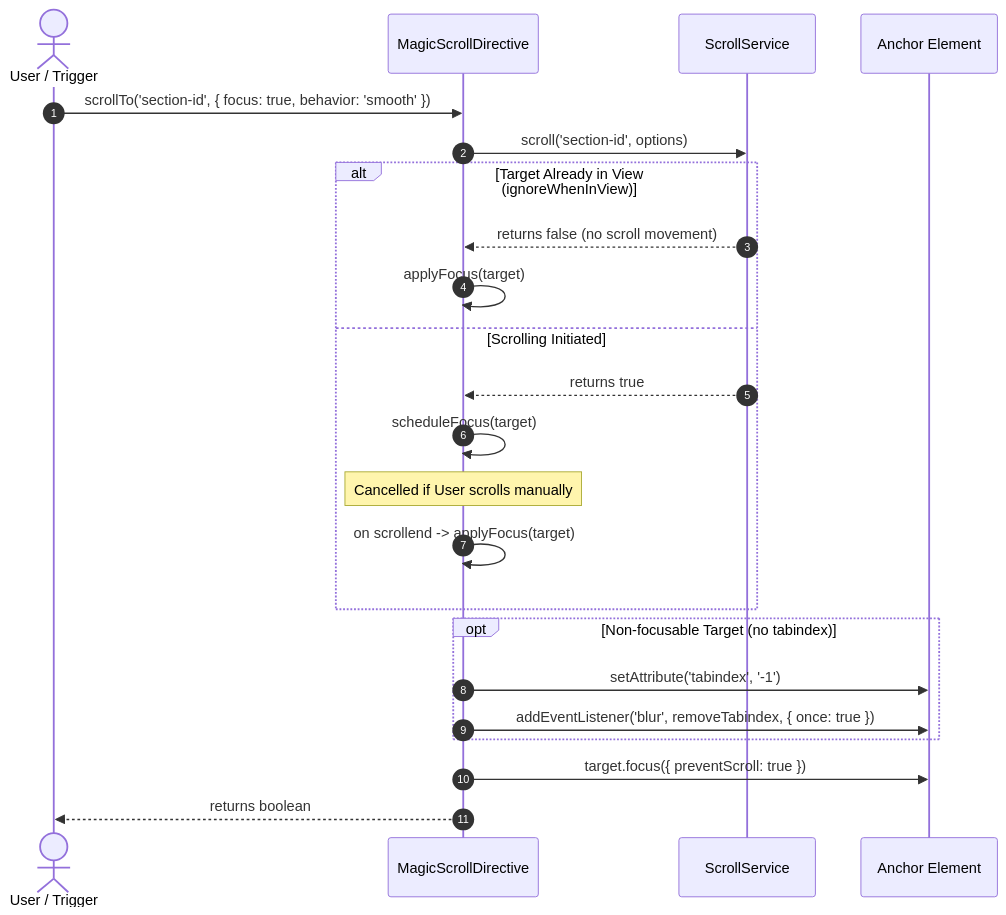
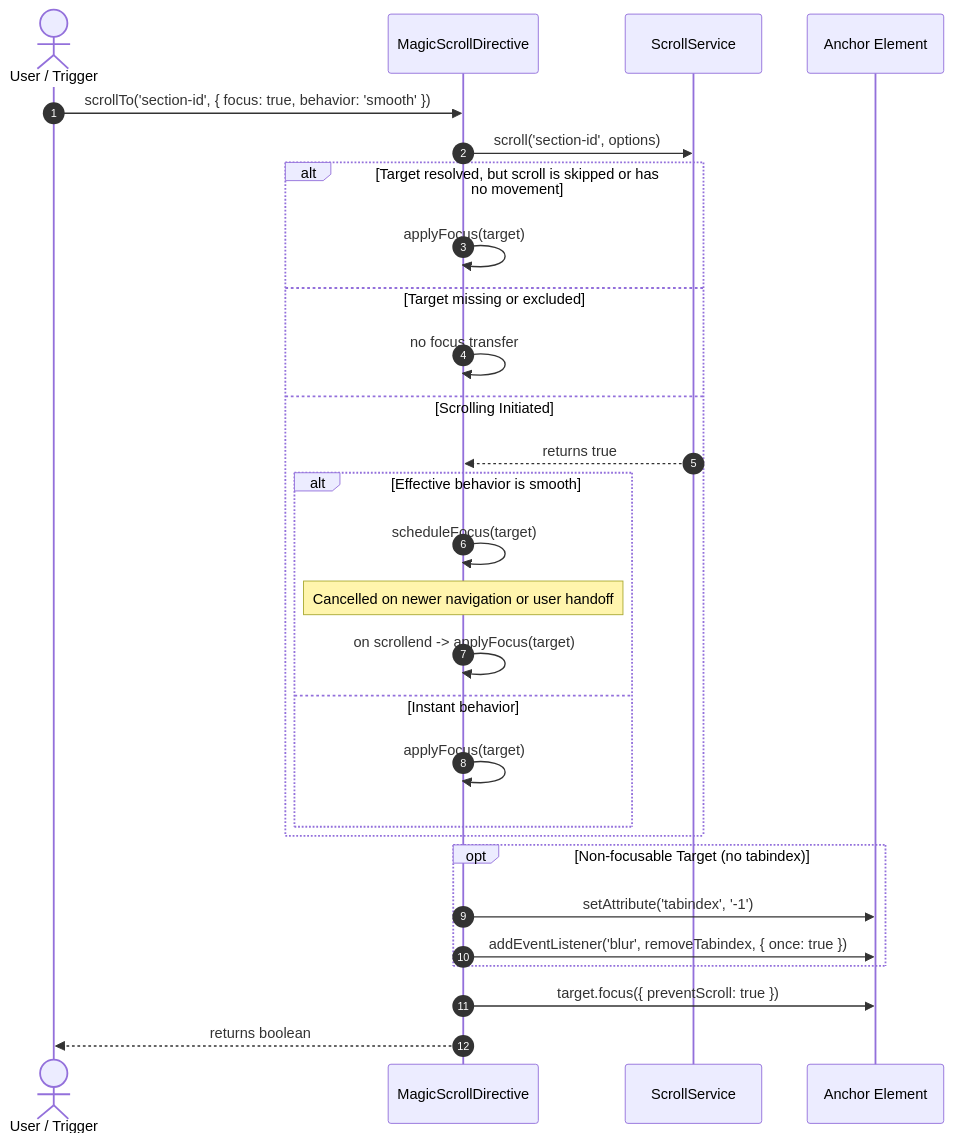
Before and after one commit to devZWO/ngx-magic-scroll: the diagram in docs/src/content/docs/recipes/scroll-to-anchor.md, drawn with Mermaid. The commit also changed other lines of this file and 5 other files, not shown here.

````diff
--- a/docs/src/content/docs/recipes/scroll-to-anchor.md
+++ b/docs/src/content/docs/recipes/scroll-to-anchor.md
@@ -107,27 +108,32 @@
 ```mermaid
 sequenceDiagram
     autonumber
     actor User as User / Trigger
     participant Directive as MagicScrollDirective
     participant Service as ScrollService
     participant Target as Anchor Element
 
     User->>Directive: scrollTo('section-id', { focus: true, behavior: 'smooth' })
     Directive->>Service: scroll('section-id', options)
-    alt Target Already in View (ignoreWhenInView)
-        Service-->>Directive: returns false (no scroll movement)
+    alt Target resolved, but scroll is skipped or has no movement
         Directive->>Directive: applyFocus(target)
+    else Target missing or excluded
+        Directive->>Directive: no focus transfer
     else Scrolling Initiated
         Service-->>Directive: returns true
-        Directive->>Directive: scheduleFocus(target)
-        Note over Directive: Cancelled if User scrolls manually
-        Directive->>Directive: on scrollend -> applyFocus(target)
+        alt Effective behavior is smooth
+            Directive->>Directive: scheduleFocus(target)
+            Note over Directive: Cancelled on newer navigation or user handoff
+            Directive->>Directive: on scrollend -> applyFocus(target)
+        else Instant behavior
+            Directive->>Directive: applyFocus(target)
+        end
     end
 
     opt Non-focusable Target (no tabindex)
         Directive->>Target: setAttribute('tabindex', '-1')
         Directive->>Target: addEventListener('blur', removeTabindex, { once: true })
     end
     Directive->>Target: target.focus({ preventScroll: true })
     Directive-->>User: returns boolean
 ```
````
